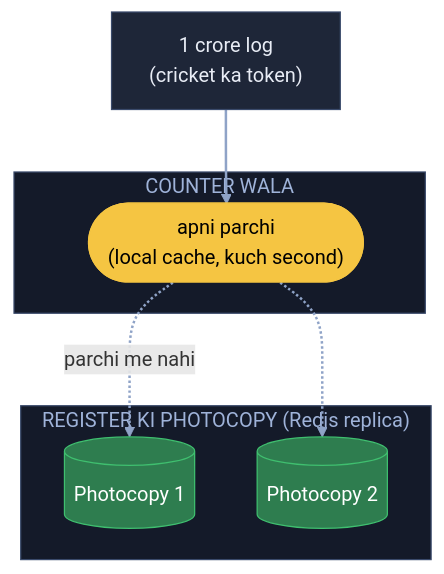
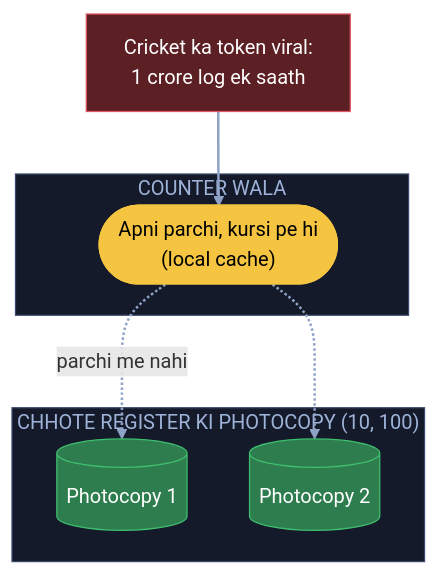
One commit to ArpanMaheshwari144/Prep changed diagram 11 of 13 in 04_HLD/SYSTEM_DESIGNS/01_url_shortener/01_url_shortener.md. Above: the diagram before and after it, drawn with Mermaid. The commit also changed other lines of this file, not shown here.

Commit message:
URL: 13 diagram hand notes ke shabdon se (K4 naya), K7 / K12 kahani notes jaisi

````diff
--- a/04_HLD/SYSTEM_DESIGNS/01_url_shortener/01_url_shortener.md
+++ b/04_HLD/SYSTEM_DESIGNS/01_url_shortener/01_url_shortener.md
@@ -318,21 +339,21 @@
 ```mermaid
 flowchart TB
-    U["1 crore log<br/>(cricket ka token)"]:::card
-    subgraph C["COUNTER WALA"]
-        P(["apni parchi<br/>(local cache, kuch second)"]):::pill
+    U["Cricket ka token viral:<br/>1 crore log ek saath"]:::bad
+    subgraph CW["COUNTER WALA"]
+        P(["Apni parchi, kursi pe hi<br/>(local cache)"]):::pill
     end
-    subgraph RP["REGISTER KI PHOTOCOPY (Redis replica)"]
+    subgraph PC["CHHOTE REGISTER KI PHOTOCOPY (10, 100)"]
         R1[("Photocopy 1")]:::good
         R2[("Photocopy 2")]:::good
     end
     U --> P
     P -. "parchi me nahi" .-> R1
     P -.-> R2
     linkStyle default stroke:#8fa3c7,stroke-width:2px
     classDef card fill:#1e2638,stroke:#3a4a6b,color:#e8ecf5
     classDef pill fill:#f5c542,stroke:#f5c542,color:#000
     classDef good fill:#2e7d4f,stroke:#3fbf6f,color:#fff
     classDef bad fill:#5c1f24,stroke:#e05561,color:#fff
-    style C fill:#141a29,stroke:#3a4a6b,color:#9fb3d9
-    style RP fill:#141a29,stroke:#3a4a6b,color:#9fb3d9
+    style CW fill:#141a29,stroke:#3a4a6b,color:#9fb3d9
+    style PC fill:#141a29,stroke:#3a4a6b,color:#9fb3d9
 ```
````
